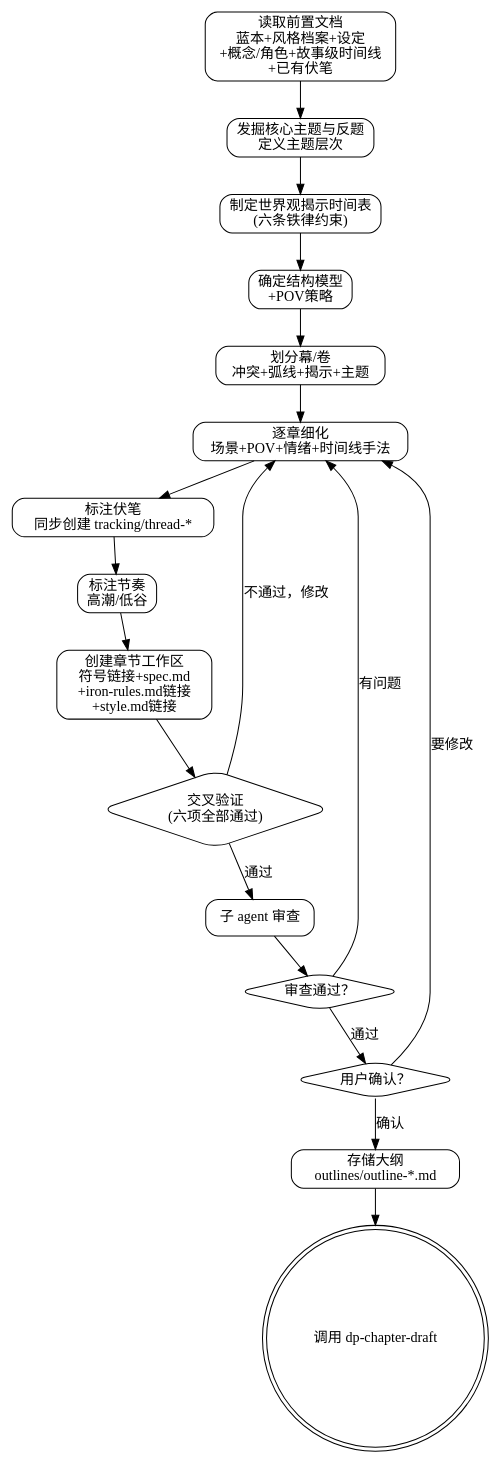
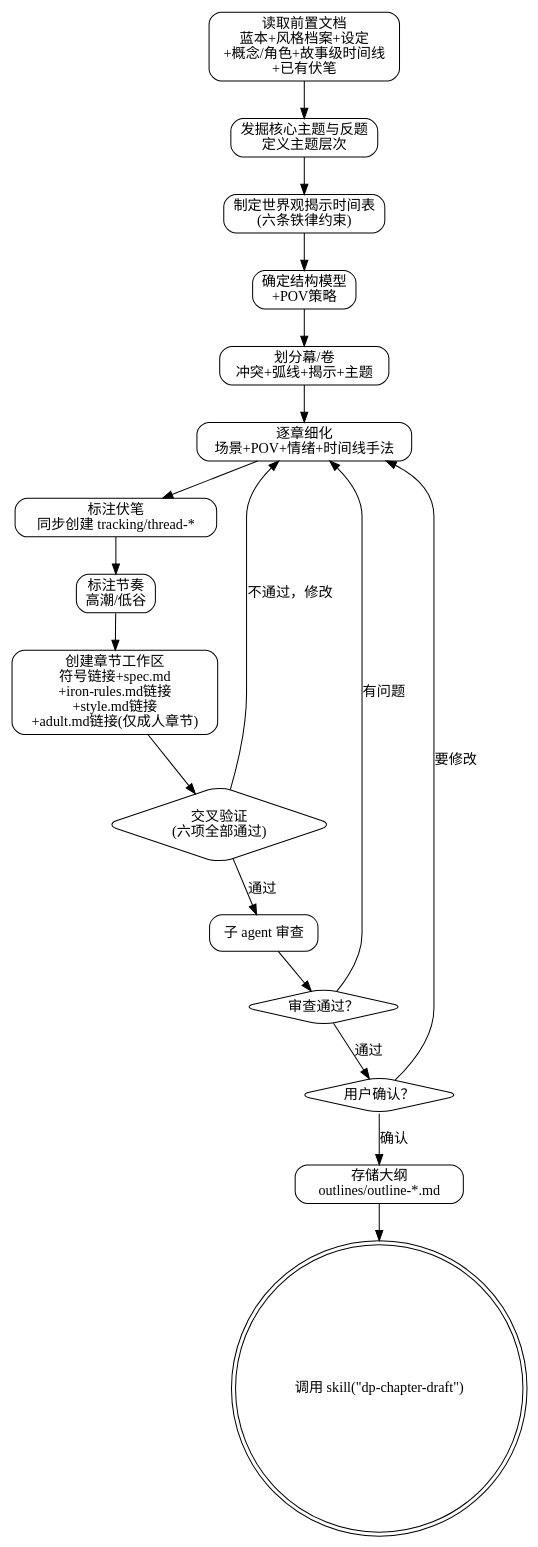
One commit to skyfiredao/dreampowers changed the diagram in skills/dp-set-outline/SKILL.md. Above: the diagram before and after it, drawn with Graphviz. The commit also changed other lines of this file and 10 other files, not shown here.

````diff
--- a/skills/dp-set-outline/SKILL.md
+++ b/skills/dp-set-outline/SKILL.md
@@ -846,40 +850,40 @@
 ```dot
 digraph set_outline {
     rankdir=TB;
     node [shape=box, style=rounded];
 
     read [label="读取前置文档\n蓝本+风格档案+设定\n+概念/角色+故事级时间线\n+已有伏笔"];
     theme [label="发掘核心主题与反题\n定义主题层次"];
     reveal [label="制定世界观揭示时间表\n(六条铁律约束)"];
     model [label="确定结构模型\n+POV策略"];
     acts [label="划分幕/卷\n冲突+弧线+揭示+主题"];
     chapters [label="逐章细化\n场景+POV+情绪+时间线手法"];
     foreshadow [label="标注伏笔\n同步创建 tracking/thread-*"];
     rhythm [label="标注节奏\n高潮/低谷"];
-    workspace [label="创建章节工作区\n符号链接+spec.md\n+iron-rules.md链接\n+style.md链接"];
+    workspace [label="创建章节工作区\n符号链接+spec.md\n+iron-rules.md链接\n+style.md链接\n+adult.md链接(仅成人章节)"];
     validate [label="交叉验证\n(六项全部通过)" shape=diamond];
     review [label="子 agent 审查"];
     review_pass [label="审查通过？" shape=diamond];
     user_confirm [label="用户确认？" shape=diamond];
     save [label="存储大纲\noutlines/outline-*.md"];
-    transition [label="调用 dp-chapter-draft" shape=doublecircle];
+    transition [label="调用 skill(\"dp-chapter-draft\")" shape=doublecircle];
 
     read -> theme;
     theme -> reveal;
     reveal -> model;
     model -> acts;
     acts -> chapters;
     chapters -> foreshadow;
     foreshadow -> rhythm;
     rhythm -> workspace;
     workspace -> validate;
     validate -> chapters [label="不通过，修改"];
     validate -> review [label="通过"];
     review -> review_pass;
     review_pass -> chapters [label="有问题"];
     review_pass -> user_confirm [label="通过"];
     user_confirm -> chapters [label="要修改"];
     user_confirm -> save [label="确认"];
     save -> transition;
 }
 ```
````
